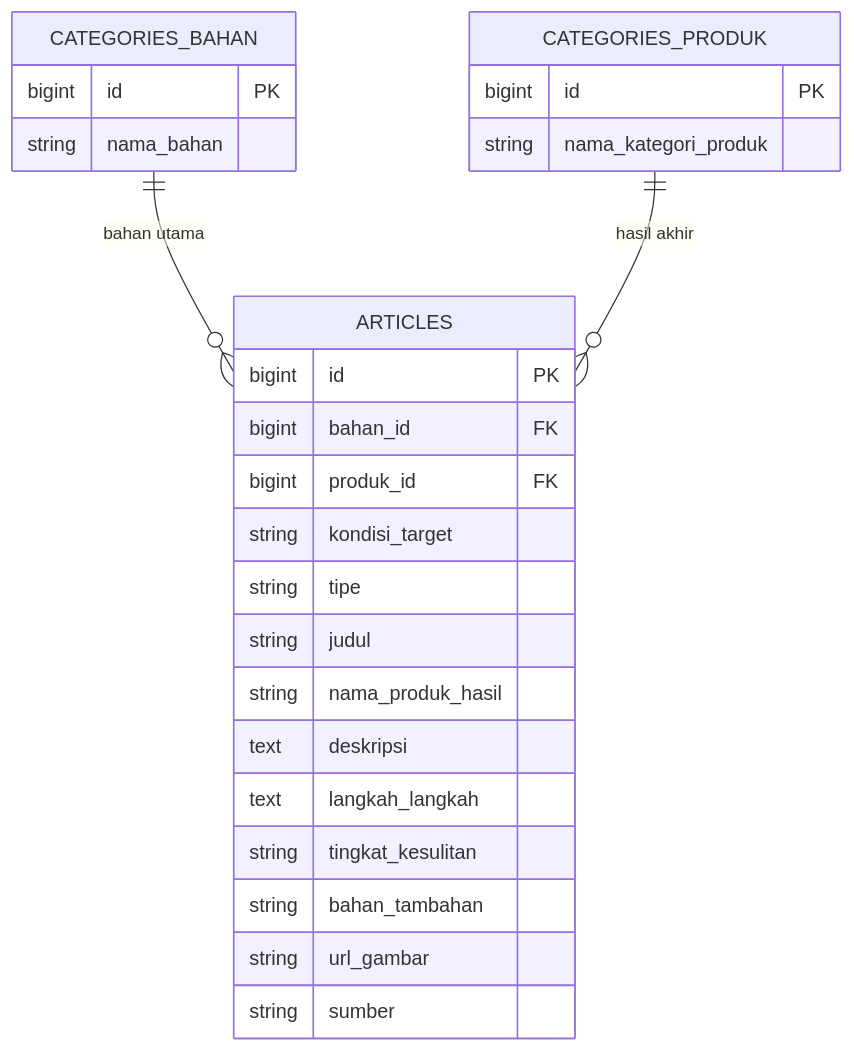
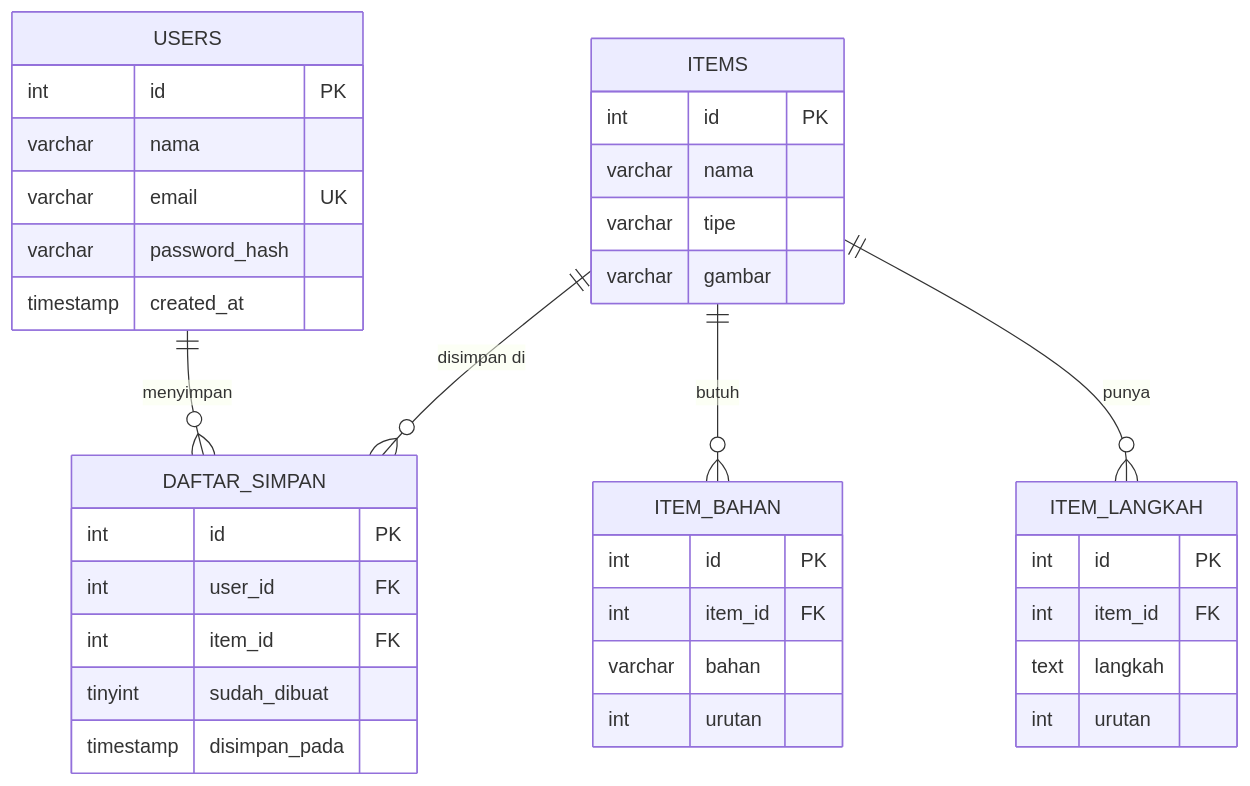
Before and after one commit to dhirrash/Web-Kembali-ke-Solo: the diagram in README.md, drawn with Mermaid. The commit also changed other lines of this file and 49 other files, not shown here.

````diff
--- a/README.md
+++ b/README.md
@@ -57,29 +62,40 @@
 ```mermaid
 erDiagram
-    CATEGORIES_BAHAN ||--o{ ARTICLES : "bahan utama"
-    CATEGORIES_PRODUK ||--o{ ARTICLES : "hasil akhir"
+    USERS ||--o{ DAFTAR_SIMPAN : "menyimpan"
+    ITEMS ||--o{ DAFTAR_SIMPAN : "disimpan di"
+    ITEMS ||--o{ ITEM_BAHAN : "butuh"
+    ITEMS ||--o{ ITEM_LANGKAH : "punya"
 
-    CATEGORIES_BAHAN {
-        bigint id PK
-        string nama_bahan
+    USERS {
+        int id PK
+        varchar nama
+        varchar email UK
+        varchar password_hash
+        timestamp created_at
     }
-    CATEGORIES_PRODUK {
-        bigint id PK
-        string nama_kategori_produk
+    ITEMS {
+        int id PK
+        varchar nama
+        varchar tipe
+        varchar gambar
     }
-    ARTICLES {
-        bigint id PK
-        bigint bahan_id FK
-        bigint produk_id FK
-        string kondisi_target
-        string tipe
-        string judul
-        string nama_produk_hasil
-        text deskripsi
-        text langkah_langkah
-        string tingkat_kesulitan
-        string bahan_tambahan
-        string url_gambar
-        string sumber
+    ITEM_BAHAN {
+        int id PK
+        int item_id FK
+        varchar bahan
+        int urutan
+    }
+    ITEM_LANGKAH {
+        int id PK
+        int item_id FK
+        text langkah
+        int urutan
+    }
+    DAFTAR_SIMPAN {
+        int id PK
+        int user_id FK
+        int item_id FK
+        tinyint sudah_dibuat
+        timestamp disimpan_pada
     }
 ```
````
